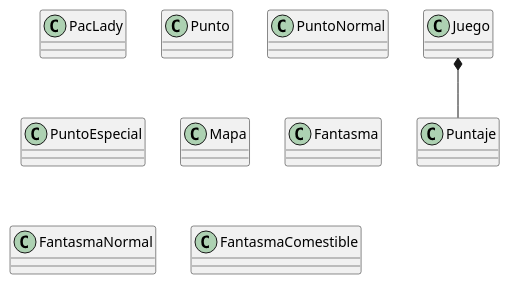
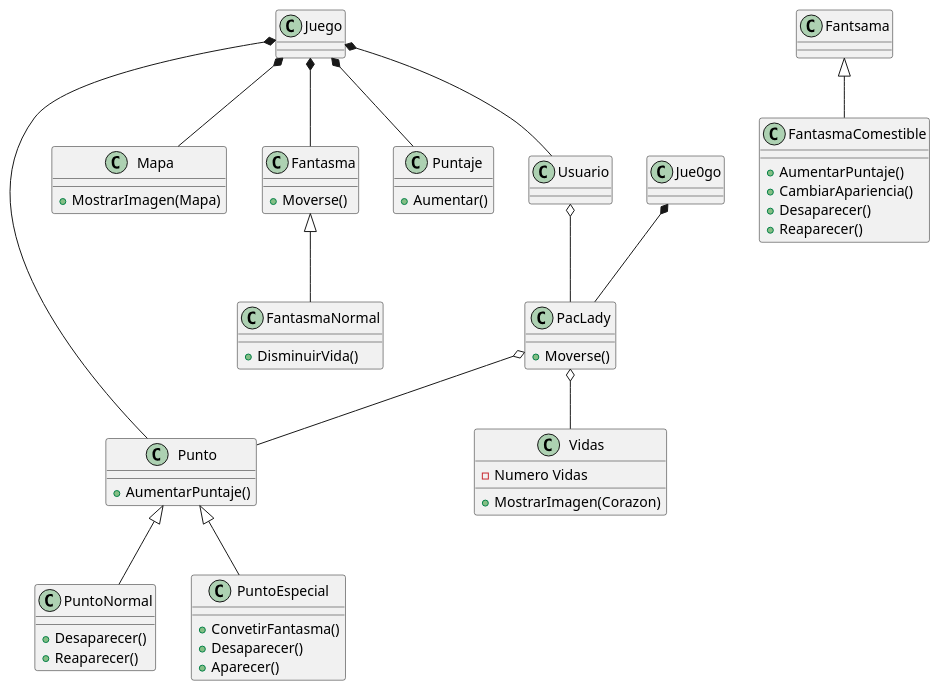
One commit to renata-olvera1/Pac-Lady changed the diagram in docs/diagrama.puml. Above: the diagram before and after it, drawn with PlantUML. The commit also changed 3 other files, not shown here.

Commit message:
Segunda Version Diagrama UML

```diff
--- a/docs/diagrama.puml
+++ b/docs/diagrama.puml
@@ -1,17 +1,57 @@
-@startuml Diagrama
+@startuml diagrama
 
 class Juego
-class PacLady
-class Punto
-class PuntoNormal
-class PuntoEspecial
-class Mapa
-class Fantasma
-class FantasmaNormal
-class FantasmaComestible
-class Puntaje
+class Usuario
+class PacLady{
+    +Moverse()
+}
+class Vidas{
+    -Numero Vidas
+    + MostrarImagen(Corazon)
+}
+class Punto{
+    +AumentarPuntaje()
+}
+class PuntoNormal{
+    +Desaparecer()
+    +Reaparecer()
+}
+class PuntoEspecial{
+    +ConvetirFantasma()
+    +Desaparecer()
+    +Aparecer()
+}
+class Mapa{
+    +MostrarImagen(Mapa)
+}
+class Fantasma{
+    +Moverse()
+}
+class FantasmaNormal{
+    +DisminuirVida()
+}
+class FantasmaComestible{
+    +AumentarPuntaje()
+    +CambiarApariencia()
+    +Desaparecer()
+    +Reaparecer()
+}
+class Puntaje{
+    +Aumentar()
+}
 
+Juego *-- Usuario
 Juego *-- Puntaje
-
+Jue0go *-- PacLady
+Juego *-- Punto
+Juego *-- Mapa
+Punto <|-- PuntoNormal 
+Punto <|-- PuntoEspecial
+Juego *-- Fantasma
+Fantsama <|-- FantasmaComestible
+Fantasma <|-- FantasmaNormal
+Usuario o-- PacLady
+PacLady o-- Punto
+PacLady o-- Vidas
 
 @enduml
```
